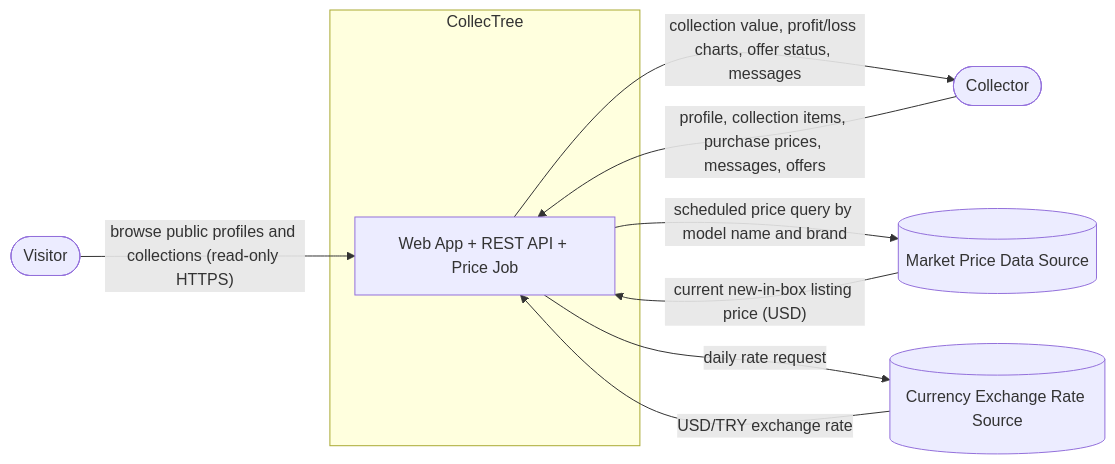
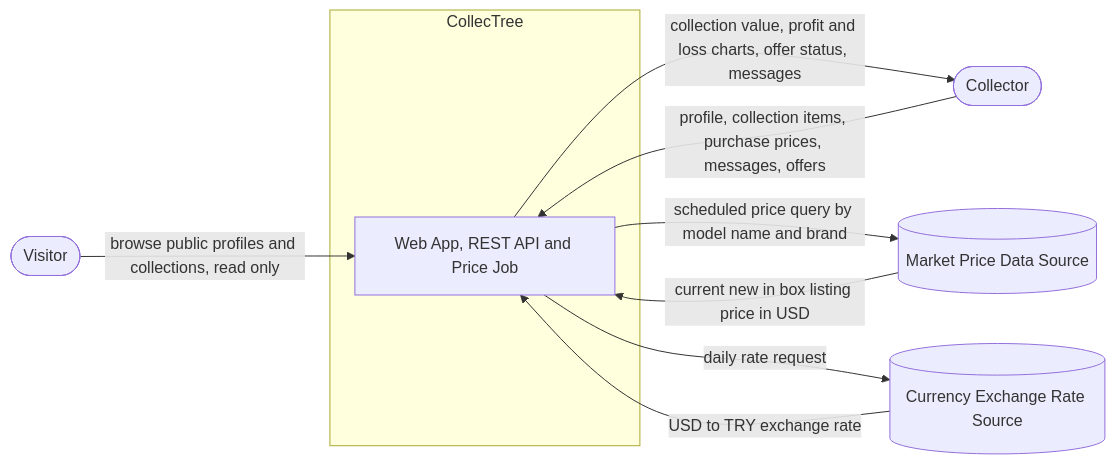
One commit to SENG321-TEAM-1/CollecTree changed the diagram in docs/architecture/system-boundary.md. Above: the diagram before and after it, drawn with Mermaid.

Commit message:
Simplify context diagram labels so Mermaid renders on GitHub

````diff
--- a/docs/architecture/system-boundary.md
+++ b/docs/architecture/system-boundary.md
@@ -18,20 +18,20 @@
 ```mermaid
 flowchart LR
-    Visitor([Visitor])
-    Collector([Collector])
+    visitor([Visitor])
+    collector([Collector])
 
-    subgraph Boundary[CollecTree]
-        System[Web App + REST API + Price Job]
+    subgraph ct [CollecTree]
+        app[Web App, REST API and Price Job]
     end
 
-    PriceSrc[(Market Price Data Source)]
-    FxSrc[(Currency Exchange Rate Source)]
+    pricesrc[(Market Price Data Source)]
+    fxsrc[(Currency Exchange Rate Source)]
 
-    Visitor -->|"browse public profiles and collections (read-only HTTPS)"| System
-    Collector -->|"profile, collection items, purchase prices, messages, offers"| System
-    System -->|"collection value, profit/loss charts, offer status, messages"| Collector
-    System -->|"scheduled price query by model name and brand"| PriceSrc
-    PriceSrc -->|"current new-in-box listing price (USD)"| System
-    System -->|"daily rate request"| FxSrc
-    FxSrc -->|"USD/TRY exchange rate"| System
+    visitor -->|browse public profiles and collections, read only| app
+    collector -->|profile, collection items, purchase prices, messages, offers| app
+    app -->|collection value, profit and loss charts, offer status, messages| collector
+    app -->|scheduled price query by model name and brand| pricesrc
+    pricesrc -->|current new in box listing price in USD| app
+    app -->|daily rate request| fxsrc
+    fxsrc -->|USD to TRY exchange rate| app
 ```
````
